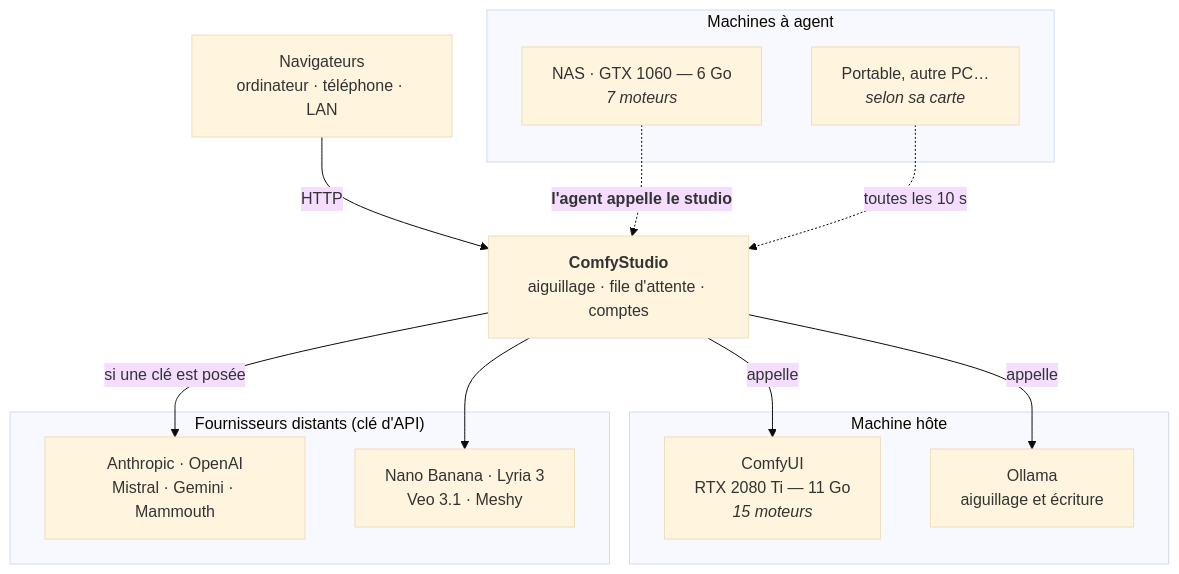
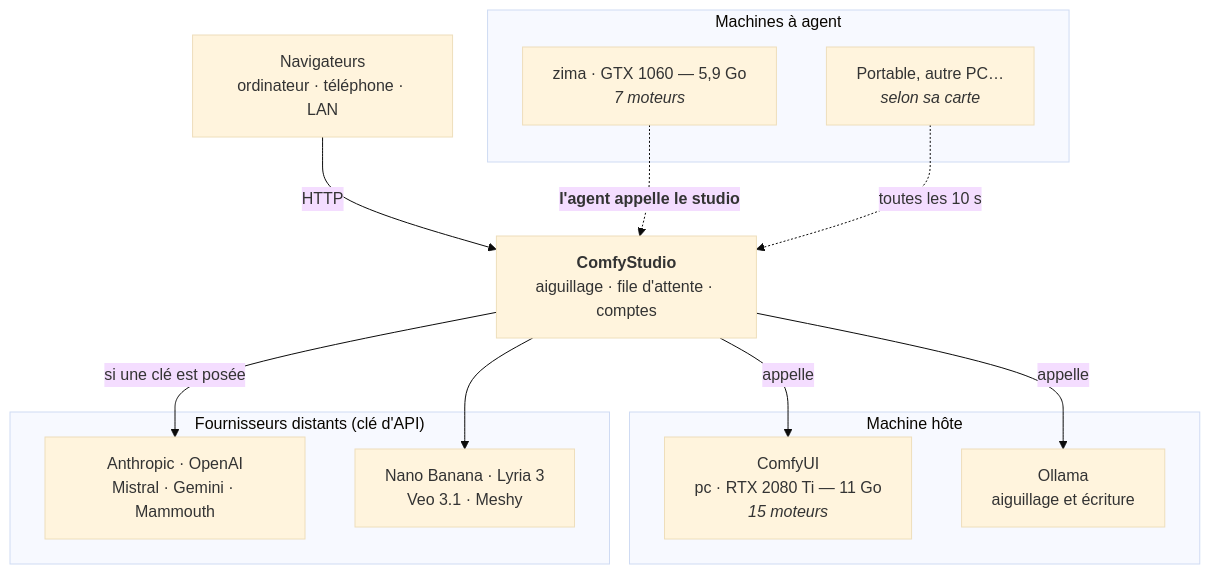
Before and after one commit to Hogun974/comfystudio: the diagram in docs/plusieurs-machines.md, drawn with Mermaid (base theme). The commit also changed other lines of this file and 26 other files, not shown here.

````diff
--- a/docs/plusieurs-machines.md
+++ b/docs/plusieurs-machines.md
@@ -7,28 +7,28 @@
 ```mermaid
 flowchart TB
     N["Navigateurs<br/>ordinateur · téléphone · LAN"]
     S["<b>ComfyStudio</b><br/>aiguillage · file d'attente · comptes"]
 
     subgraph LOCAL["Machine hôte"]
-        C1["ComfyUI<br/>RTX 2080 Ti — 11 Go<br/><i>15 moteurs</i>"]
+        C1["ComfyUI<br/>pc · RTX 2080 Ti — 11 Go<br/><i>15 moteurs</i>"]
         O["Ollama<br/>aiguillage et écriture"]
     end
 
     subgraph AGENTS["Machines à agent"]
-        A1["NAS · GTX 1060 — 6 Go<br/><i>7 moteurs</i>"]
+        A1["zima · GTX 1060 — 5,9 Go<br/><i>7 moteurs</i>"]
         A2["Portable, autre PC…<br/><i>selon sa carte</i>"]
     end
 
     subgraph CLOUD["Fournisseurs distants (clé d'API)"]
         F1["Anthropic · OpenAI<br/>Mistral · Gemini · Mammouth"]
         F2["Nano Banana · Lyria 3<br/>Veo 3.1 · Meshy"]
     end
 
     N -->|HTTP| S
     S -->|appelle| C1
     S -->|appelle| O
     A1 -.->|<b>l'agent appelle le studio</b>| S
     A2 -.->|toutes les 10 s| S
     S -->|si une clé est posée| F1
     S --> F2
 ```
````
